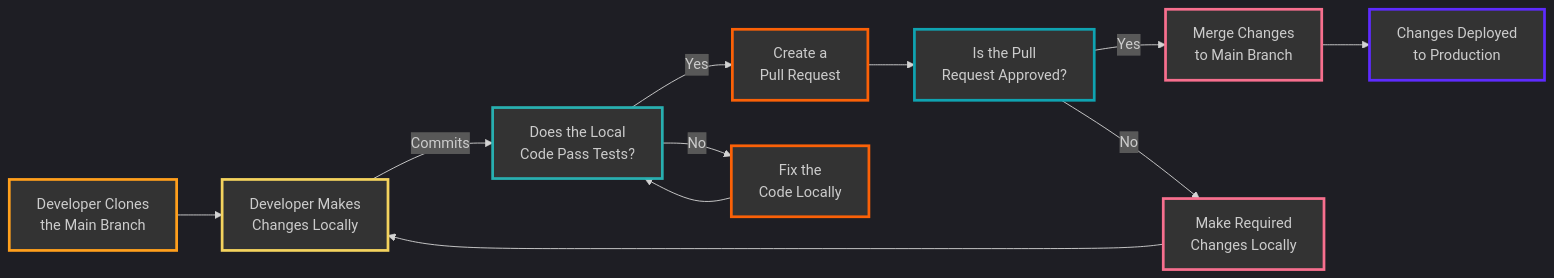
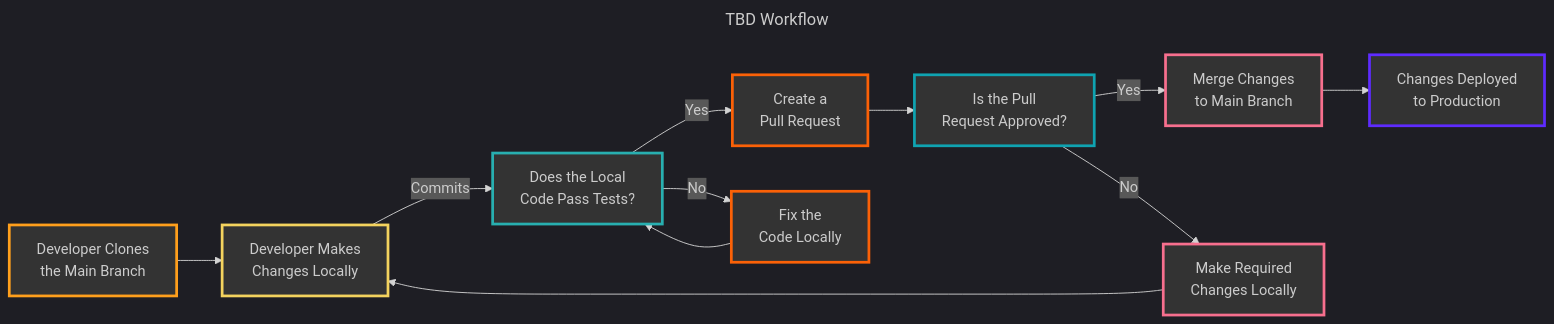
Before and after one commit to samwardbiddle/how-to-git-tbd: the second of 2 diagrams in LESSON.md, drawn with Mermaid. The commit also changed other lines of this file, not shown here.

Commit message:
Add titles to mermaid graphs in LESSONS.md: - Added git graph title - Added git workflow title

````diff
--- a/LESSON.md
+++ b/LESSON.md
@@ -38,28 +41,32 @@
 ```mermaid
+---
+title: TBD Workflow
+---
+%%{init: {'theme':'dark', 'themeVariables': { 'nodeBorder': '2px solid #444'}}}%%
 
-%%{init: {'theme':'dark', 'themeVariables': { 'nodeBorder': '2px solid #444'}}}%%
+
 graph LR
     style A fill:#333,stroke:#FF9F1C,stroke-width:3px;
     style B fill:#333,stroke:#F4D35E,stroke-width:3px;
     style C fill:#333,stroke:#28AFB0,stroke-width:3px;
     style D fill:#333,stroke:#FB6107,stroke-width:3px;
     style E fill:#333,stroke:#FB6107,stroke-width:3px;
     style F fill:#333,stroke:#0FA3B1,stroke-width:3px;
     style G fill:#333,stroke:#F76F8E,stroke-width:3px;
     style H fill:#333,stroke:#F76F8E,stroke-width:3px;
     style I fill:#333,stroke:#5E2BFF,stroke-width:3px;
 
 A[Developer Clones<br>the Main Branch] --> B[Developer Makes<br>Changes Locally]
 B -->|Commits| C[Does the Local<br>Code Pass Tests?]
 C -->|Yes| D[Create a<br>Pull Request]
 C -->|No| E[Fix the<br>Code Locally]
 D --> F[Is the Pull<br>Request Approved?]
 F -->|Yes| G[Merge Changes<br>to Main Branch]
 F -->|No| H[Make Required<br>Changes Locally]
 G --> I[Changes Deployed<br>to Production]
 E --> C
 H --> B
 
 
 
 ```
````
